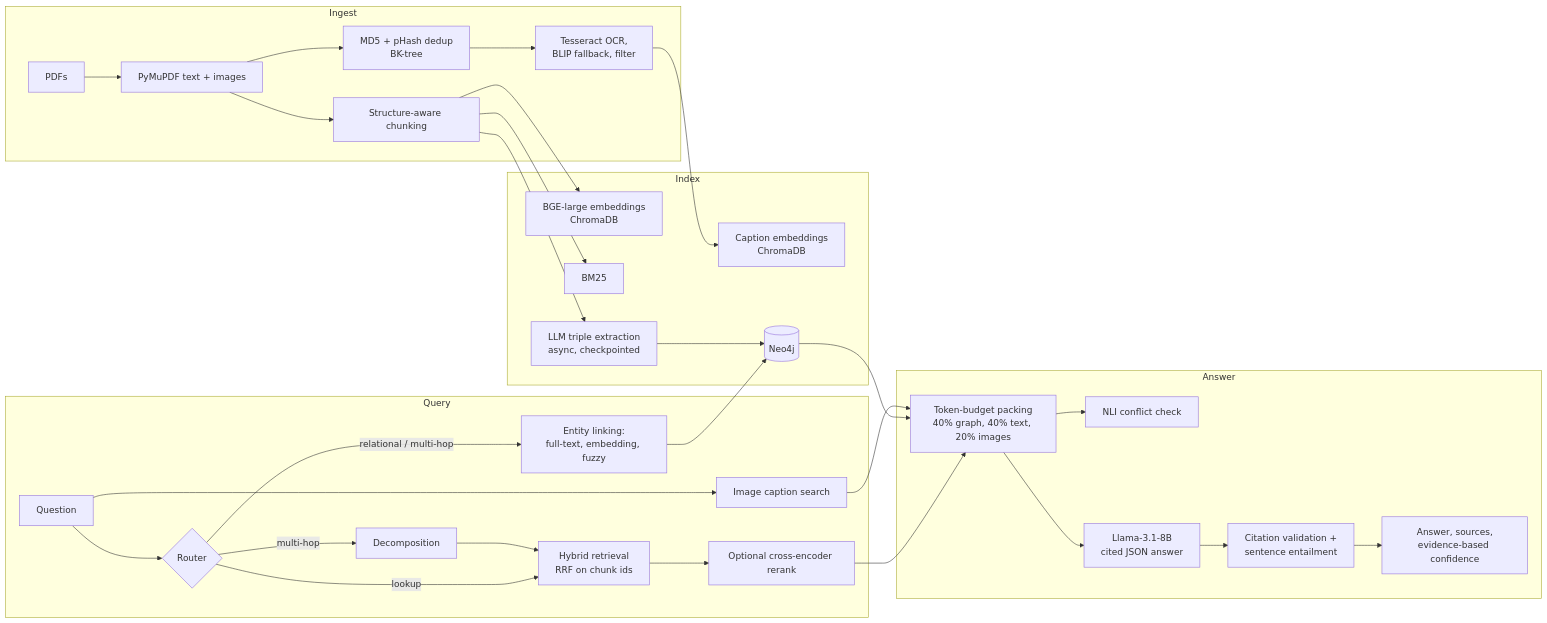
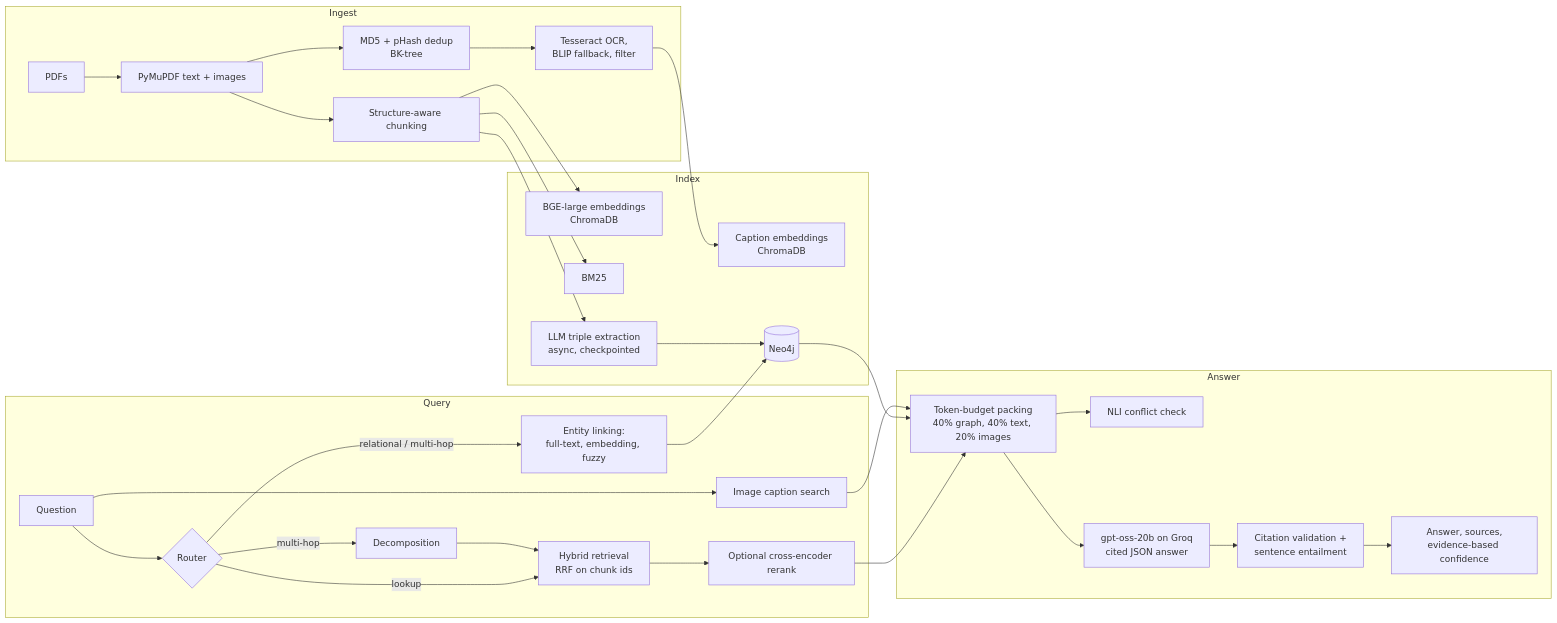
The diagram in README.md (AyeshaMoghis/graph-rag-multimodal), drawn with Mermaid before and after one commit. The commit also changed other lines of this file and 8 other files, not shown here.

First line of the commit message:
Answer-level eval on gpt-oss-20b with a Qwen judge; calibration plot

````diff
--- a/README.md
+++ b/README.md
@@ -16,32 +16,32 @@
 ```mermaid
 flowchart LR
     subgraph Ingest
         PDF[PDFs] --> EX[PyMuPDF text + images]
         EX --> DD[MD5 + pHash dedup<br/>BK-tree]
         EX --> CH[Structure-aware chunking]
         DD --> CAP[Tesseract OCR,<br/>BLIP fallback, filter]
     end
     subgraph Index
         CH --> EMB[BGE-large embeddings<br/>ChromaDB]
         CH --> BM[BM25]
         CAP --> IMG[Caption embeddings<br/>ChromaDB]
         CH --> KG[LLM triple extraction<br/>async, checkpointed] --> NEO[(Neo4j)]
     end
     subgraph Query
         Q[Question] --> RT{Router}
         RT -->|lookup| HY
         RT -->|relational / multi-hop| GR[Entity linking:<br/>full-text, embedding, fuzzy] --> NEO
         RT -->|multi-hop| DC[Decomposition] --> HY
         HY[Hybrid retrieval<br/>RRF on chunk ids] --> RR[Optional cross-encoder rerank]
         Q --> IR[Image caption search]
     end
     subgraph Answer
         RR --> PK[Token-budget packing<br/>40% graph, 40% text, 20% images]
         NEO --> PK
         IR --> PK
         PK --> NLI1[NLI conflict check]
-        PK --> LLM[Llama-3.1-8B<br/>cited JSON answer]
+        PK --> LLM[gpt-oss-20b on Groq<br/>cited JSON answer]
         LLM --> VER[Citation validation +<br/>sentence entailment]
         VER --> OUT[Answer, sources,<br/>evidence-based confidence]
     end
 ```
````
